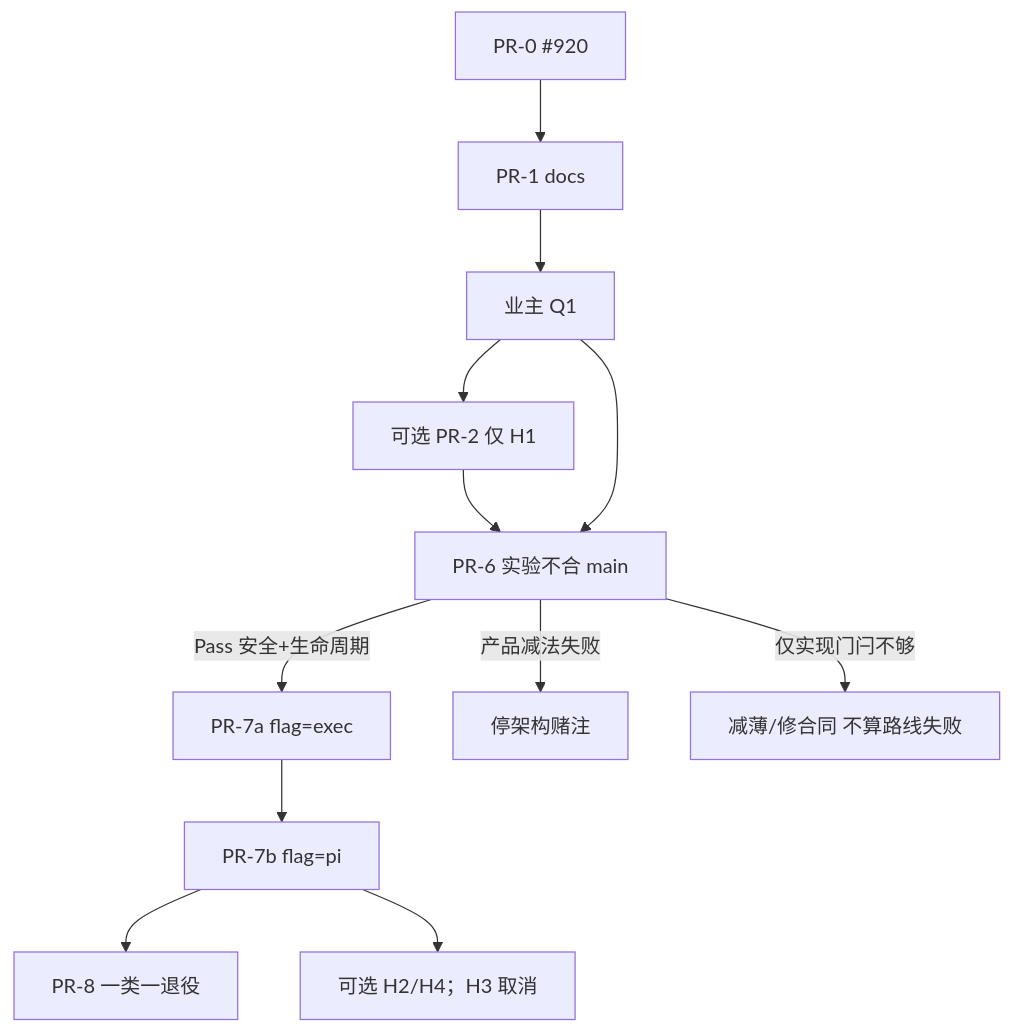
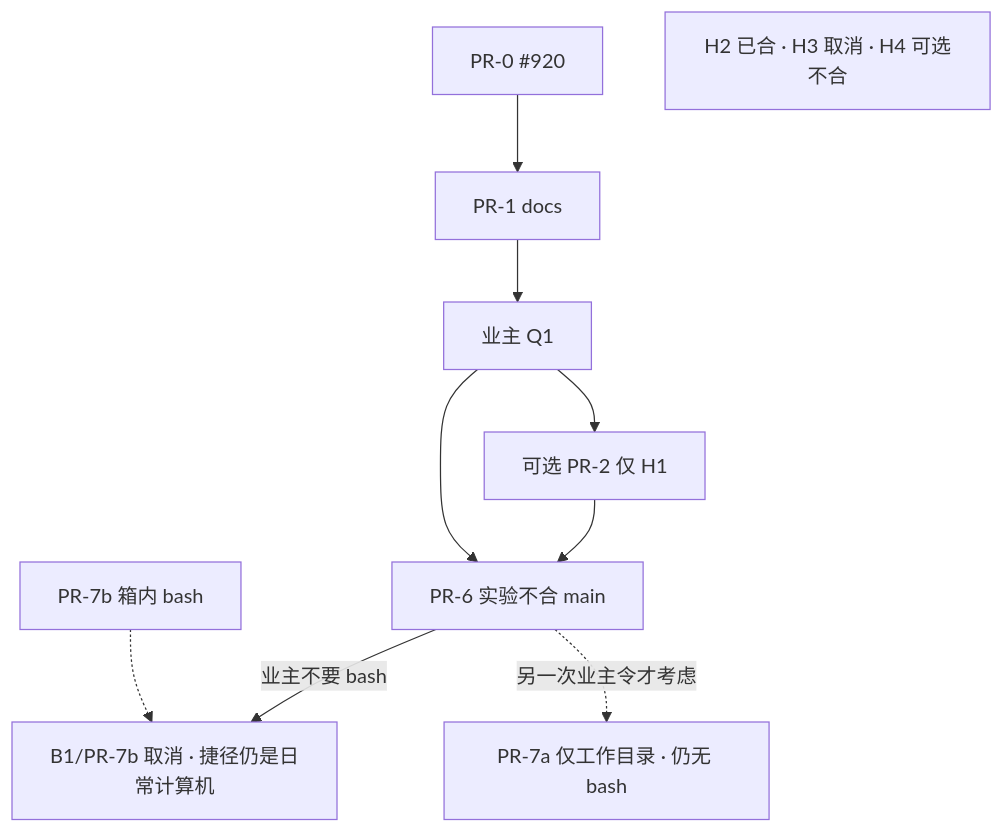
The sixth of 6 diagrams in docs/PLAN-WORKENV-UPSTREAM.md (juanwan99/pico), drawn with Mermaid before and after one commit. The commit also changed other lines of this file and 1 other file, not shown here.

First line of the commit message:
docs: owner lock — no bash; cancel B1 / PR-7b (#927)

````diff
--- a/docs/PLAN-WORKENV-UPSTREAM.md
+++ b/docs/PLAN-WORKENV-UPSTREAM.md
@@ -1247,14 +1250,12 @@
 ```mermaid
 flowchart TD
   P0[PR-0 #920] --> P1[PR-1 docs]
   P1 --> Q1[业主 Q1]
   Q1 --> H1[可选 PR-2 仅 H1]
   H1 --> EXP[PR-6 实验不合 main]
   Q1 --> EXP
-  EXP -->|Pass 安全+生命周期| P7a[PR-7a flag=exec]
-  EXP -->|产品减法失败| STOP[停架构赌注]
-  EXP -->|仅实现门闩不够| FIX[减薄/修合同 不算路线失败]
-  P7a --> P7b[PR-7b flag=pi]
-  P7b --> P8[PR-8 一类一退役]
-  P7b --> H2[可选 H2/H4；H3 取消]
+  EXP -->|业主不要 bash| STOP[B1/PR-7b 取消 · 捷径仍是日常计算机]
+  EXP -.->|另一次业主令才考虑| P7a[PR-7a 仅工作目录 · 仍无 bash]
+  P7b[PR-7b 箱内 bash] -.-> STOP
+  H2[H2 已合 · H3 取消 · H4 可选不合]
 ```
````
